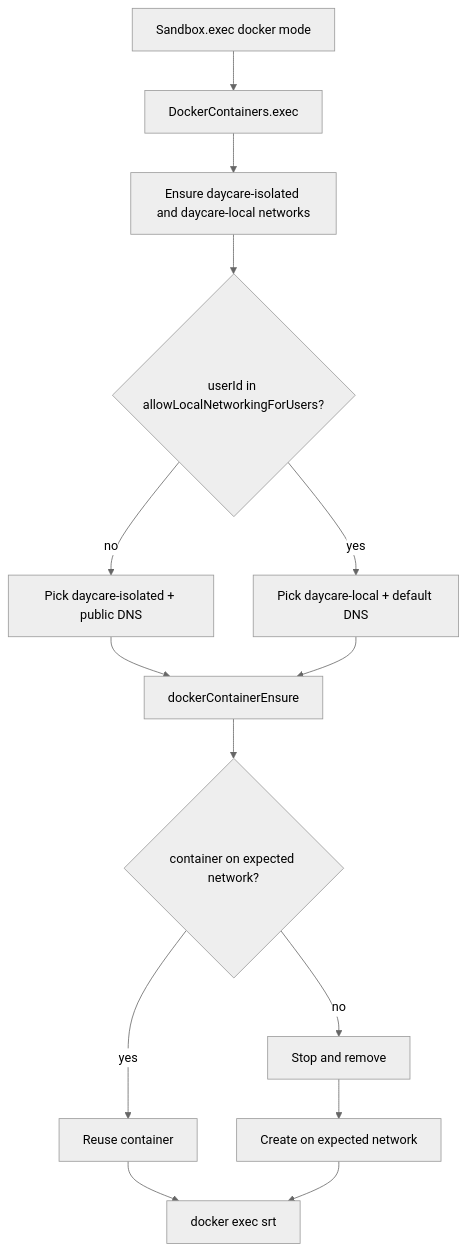
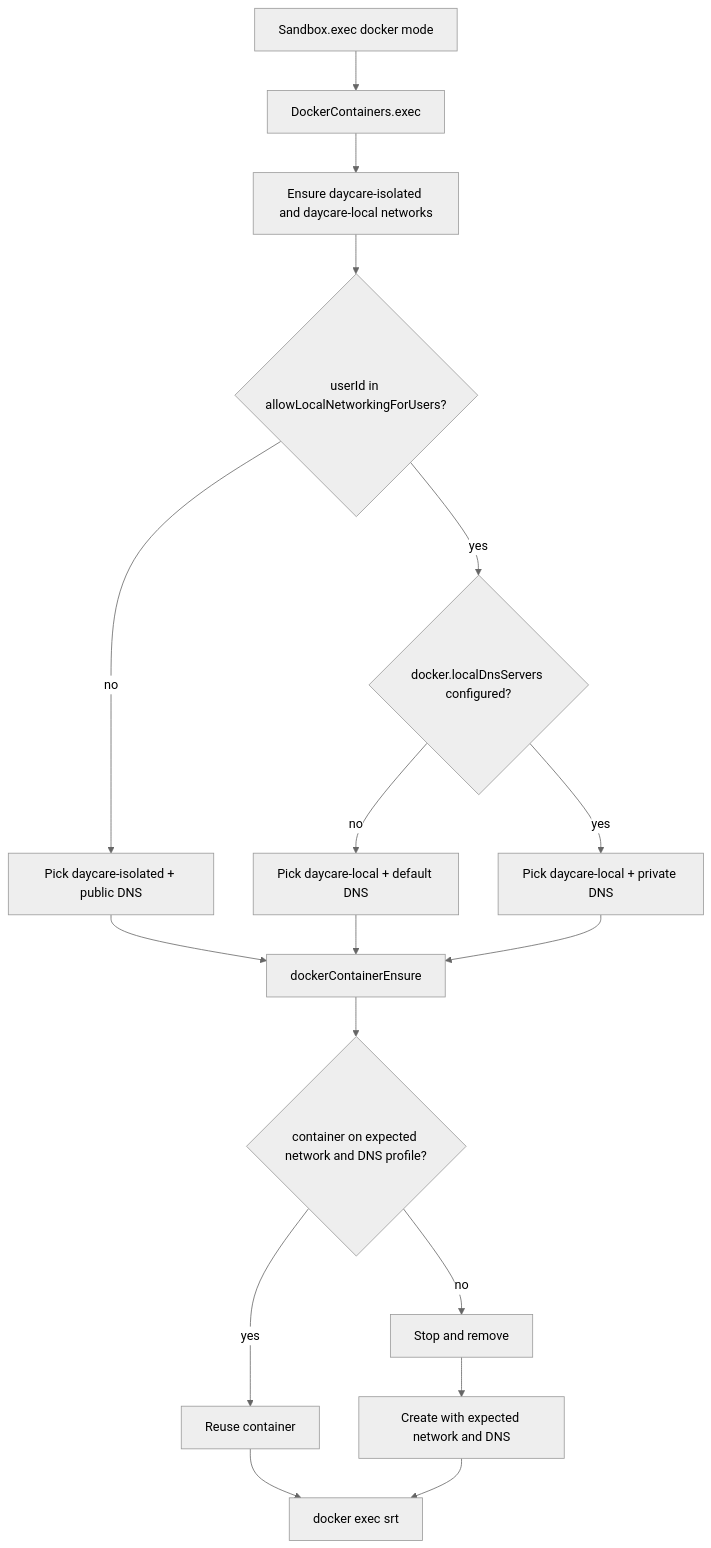
One commit to ex3ndr/daycare changed the diagram in doc/internals/docker-network-local-isolation.md. Above: the diagram before and after it, drawn with Mermaid (neutral theme). The commit also changed other lines of this file and 18 other files, not shown here.

Commit message:
feat(sandbox): make docker dns profiles configurable

````diff
--- a/doc/internals/docker-network-local-isolation.md
+++ b/doc/internals/docker-network-local-isolation.md
@@ -29,16 +41,19 @@
 ```mermaid
 flowchart TD
     A[Sandbox.exec docker mode] --> B[DockerContainers.exec]
     B --> C[Ensure daycare-isolated and daycare-local networks]
     C --> D{userId in allowLocalNetworkingForUsers?}
     D -- no --> E[Pick daycare-isolated + public DNS]
-    D -- yes --> F[Pick daycare-local + default DNS]
-    E --> G[dockerContainerEnsure]
-    F --> G
-    G --> H{container on expected network?}
-    H -- yes --> I[Reuse container]
-    H -- no --> J[Stop and remove]
-    J --> K[Create on expected network]
-    I --> L[docker exec srt]
-    K --> L
+    D -- yes --> F{docker.localDnsServers configured?}
+    F -- no --> G[Pick daycare-local + default DNS]
+    F -- yes --> H[Pick daycare-local + private DNS]
+    E --> I[dockerContainerEnsure]
+    G --> I
+    H --> I
+    I --> J{container on expected network and DNS profile?}
+    J -- yes --> K[Reuse container]
+    J -- no --> L[Stop and remove]
+    L --> M[Create with expected network and DNS]
+    K --> N[docker exec srt]
+    M --> N
 ```
````
